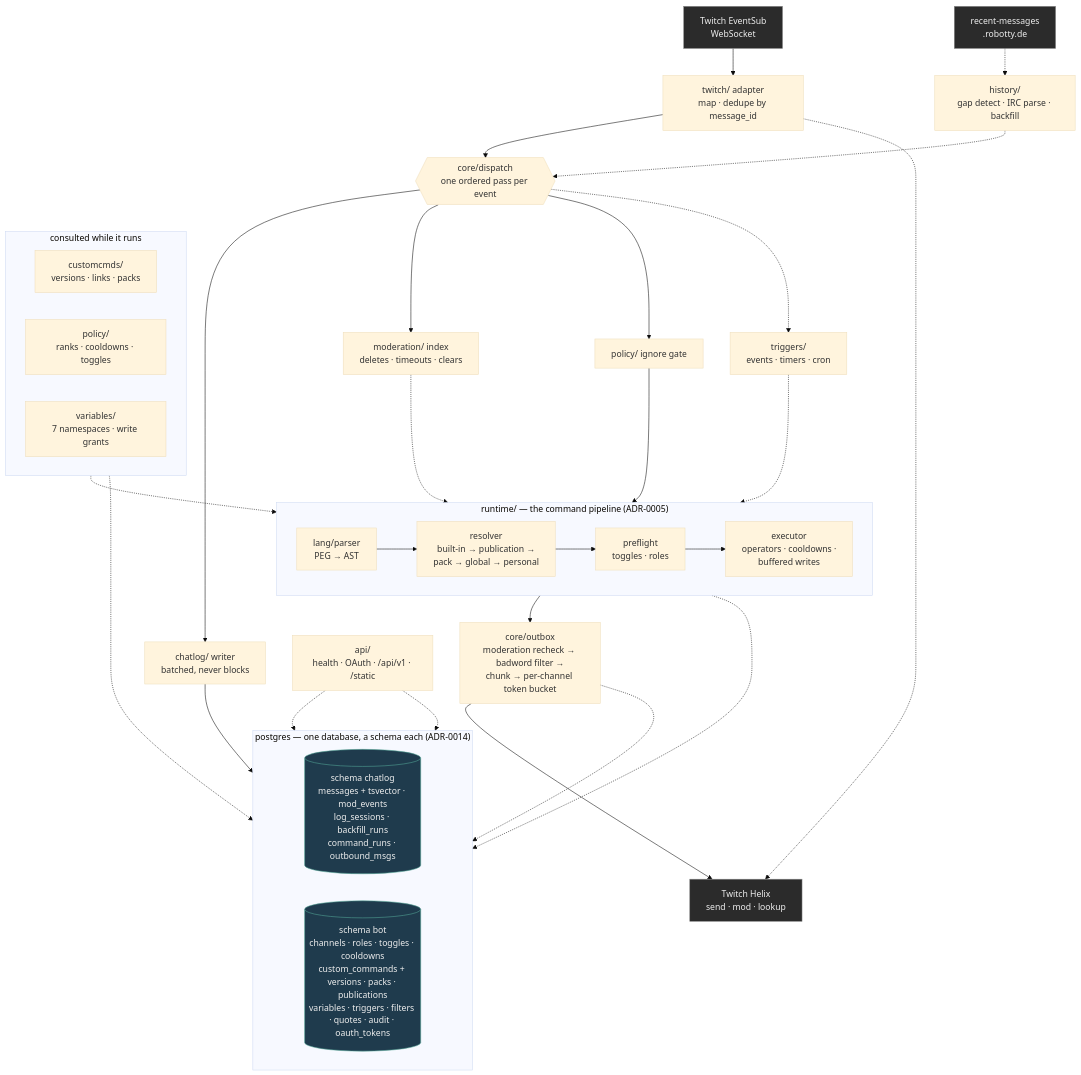
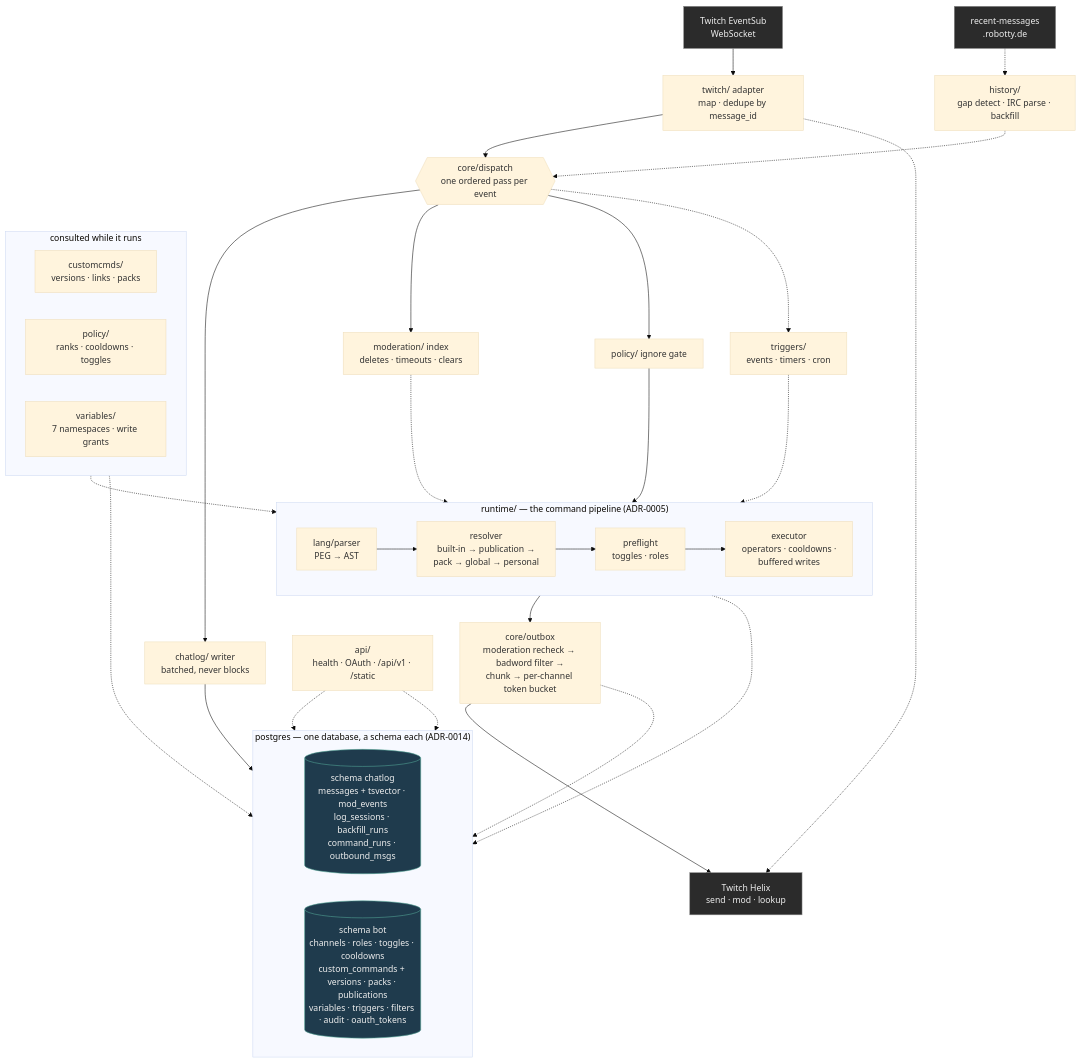
Before and after one commit to vEXOULZ/doomtp-bot: the first of 2 diagrams in docs/architecture.md, drawn with Mermaid (base theme). The commit also changed other lines of this file and 13 other files, not shown here.

````diff
--- a/docs/architecture.md
+++ b/docs/architecture.md
@@ -83,56 +83,56 @@
 ```mermaid
 flowchart TB
     classDef ext fill:#2b2b2b,stroke:#888,color:#eee
     classDef store fill:#1f3b4d,stroke:#5a9,color:#eee
 
     ES["Twitch EventSub<br/>WebSocket"]:::ext
     RM["recent-messages<br/>.robotty.de"]:::ext
 
     ES --> ADP["twitch/ adapter<br/>map · dedupe by message_id"]
     RM -.-> HIST["history/<br/>gap detect · IRC parse · backfill"]
 
     ADP --> DISP{{"core/dispatch<br/>one ordered pass per event"}}
     HIST -.-> DISP
 
     DISP --> LOG["chatlog/ writer<br/>batched, never blocks"]
     DISP --> MOD["moderation/ index<br/>deletes · timeouts · clears"]
     DISP --> IGN["policy/ ignore gate"]
     DISP -.-> TRG["triggers/<br/>events · timers · cron"]
 
     IGN --> RT
     TRG -.-> RT
 
     subgraph RT["runtime/ — the command pipeline (ADR-0005)"]
         direction LR
         PARSE["lang/parser<br/>PEG → AST"] --> RES["resolver<br/>built-in → publication →<br/>pack → global → personal"]
         RES --> PRE["preflight<br/>toggles · roles"]
         PRE --> EXEC["executor<br/>operators · cooldowns ·<br/>buffered writes"]
     end
 
     subgraph SVC["consulted while it runs"]
         direction LR
         CC["customcmds/<br/>versions · links · packs"]
         POL["policy/<br/>ranks · cooldowns · toggles"]
         VAR["variables/<br/>7 namespaces · write grants"]
     end
 
     SVC -.-> RT
     MOD -.-> RT
 
     RT --> OUT["core/outbox<br/>moderation recheck → badword filter →<br/>chunk → per-channel token bucket"]
     OUT --> HX["Twitch Helix<br/>send · mod · lookup"]:::ext
     ADP -.-> HX
 
     LOG --> CHAT
     OUT -.-> CHAT
     RT -.-> CHAT
     SVC -.-> BOT
     API["api/<br/>health · OAuth · /api/v1 · /static"] -.-> BOT
     API -.-> CHAT
 
     subgraph DATA["postgres — one database, a schema each (ADR-0014)"]
         direction LR
-        BOT[("schema bot<br/>channels · roles · toggles · cooldowns<br/>custom_commands + versions · packs · publications<br/>variables · triggers · filters · quotes · audit · oauth_tokens")]:::store
+        BOT[("schema bot<br/>channels · roles · toggles · cooldowns<br/>custom_commands + versions · packs · publications<br/>variables · triggers · filters · audit · oauth_tokens")]:::store
         CHAT[("schema chatlog<br/>messages + tsvector · mod_events<br/>log_sessions · backfill_runs<br/>command_runs · outbound_msgs")]:::store
     end
 ```
````
